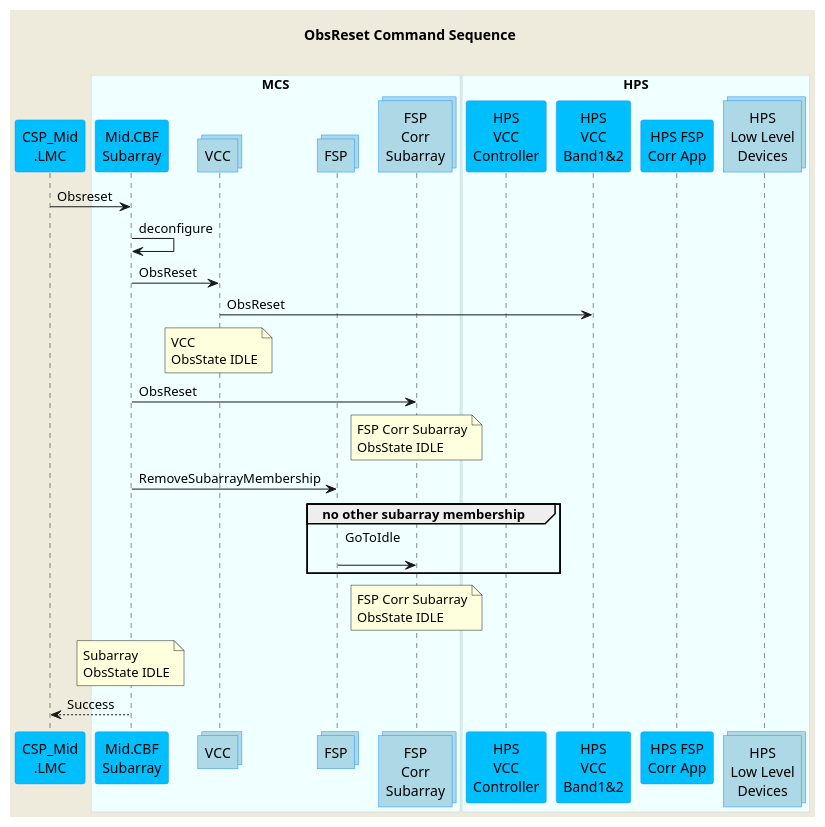
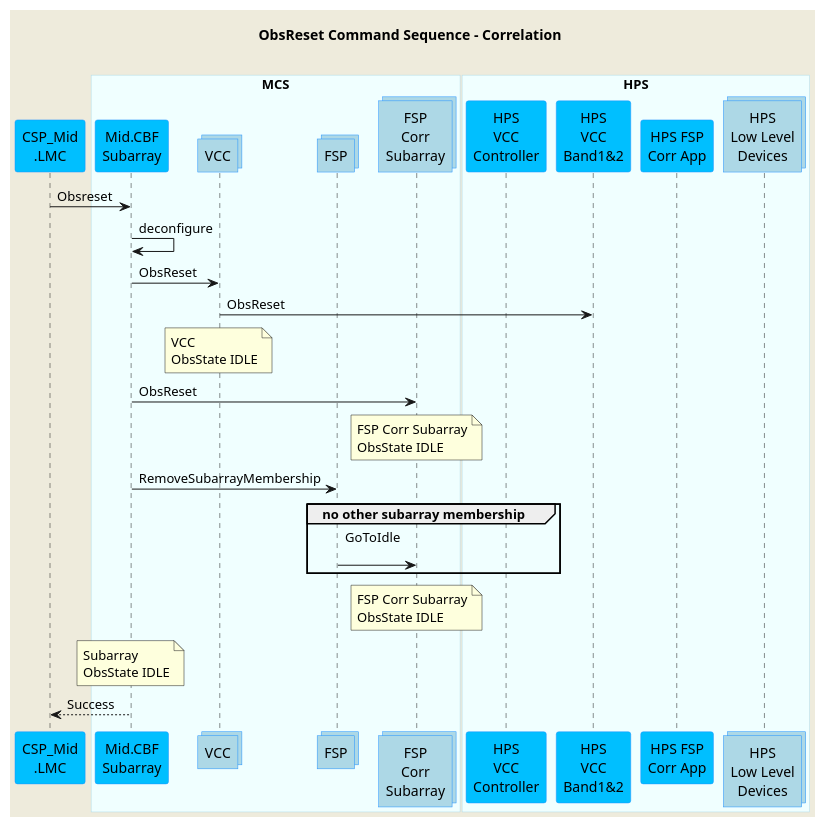
Before and after one commit to ska-telescope/mid-cbf-mcs: the diagram in docs/src/diagrams/obsreset-command.puml, drawn with PlantUML. The commit also changed 3 other files, not shown here.

```diff
--- a/docs/src/diagrams/obsreset-command.puml
+++ b/docs/src/diagrams/obsreset-command.puml
@@ -1,61 +1,61 @@
 @startuml
 'https://plantuml.com/sequence-diagram
 
 skinparam backgroundColor #EEEBDC
 skinparam sequence {
 ParticipantBorderColor DodgerBlue
 ParticipantBackgroundColor DeepSkyBlue
 ActorBorderColor DarkGreen
 ActorBackgroundColor Green
 BoxBorderColor LightBlue
 BoxBackgroundColor #F0FFFF
 }
 
 skinparam collections {
   BackGroundColor LightBlue
   BorderColor DodgerBlue
 }
 
 skinparam database {
   BackgroundColor LightGreen
   BorderColor DarkGreen
 }
 
-title ObsReset Command Sequence\n
+title ObsReset Command Sequence - Correlation\n
 
 participant "CSP_Mid\n.LMC" as lmc
 
 box "MCS"
 participant "Mid.CBF\nSubarray" as subarray
 collections "VCC" as vcc
 collections "FSP" as fsp
 collections "FSP\nCorr\nSubarray" as fspsubarray
 end box
 
 box "HPS"
 participant "HPS\nVCC\nController" as hpsvcc
 participant "HPS\nVCC\nBand1&2" as hpsvccband
 participant "HPS FSP\nCorr App" as hpsfsp
 collections "HPS\nLow Level\nDevices" as hpsdevices
 end box
 
 lmc         ->  subarray      : Obsreset
 
 subarray    ->  subarray      : deconfigure
 subarray    ->  vcc           : ObsReset
 vcc         ->  hpsvccband    : ObsReset
 note over vcc                 : VCC\nObsState IDLE
 subarray    ->  fspsubarray   : ObsReset
 note over fspsubarray         : FSP Corr Subarray\nObsState IDLE
 subarray    ->  fsp           : RemoveSubarrayMembership
 
 group no other subarray membership
 fsp         ->  fspsubarray   : GoToIdle\n
 end group
 
 note over fspsubarray         : FSP Corr Subarray\nObsState IDLE
 note over subarray            : Subarray\nObsState IDLE
 lmc        <--  subarray      : Success
 
 
 @enduml
```
